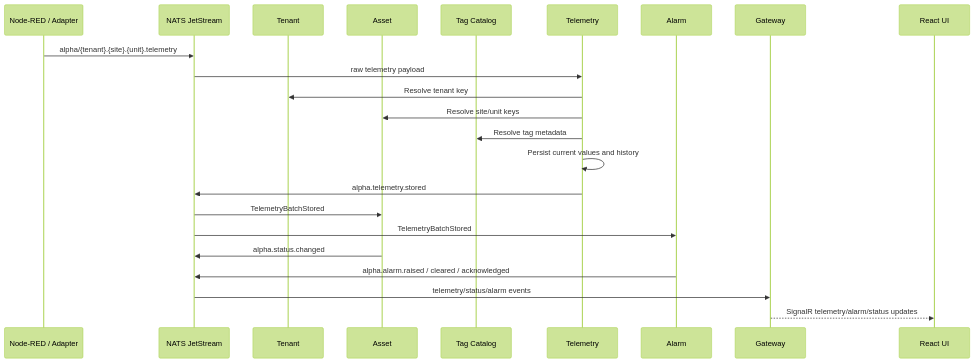
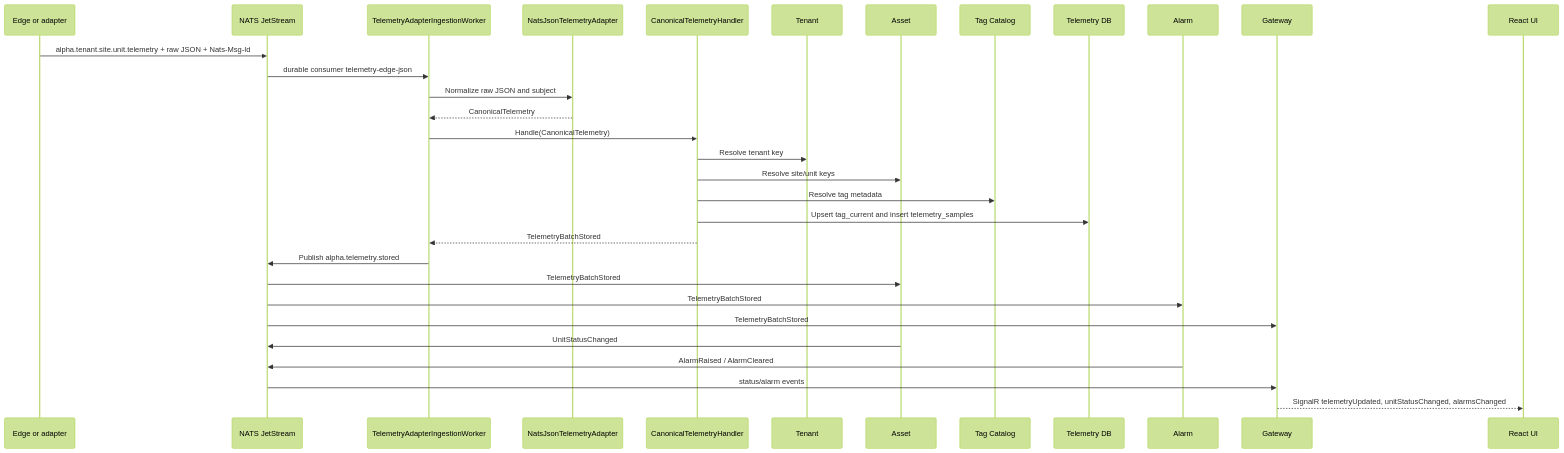
One commit to dhalavach/alpha-scada changed the third of 6 diagrams in docs/system-overview.md. Above: the diagram before and after it, drawn with Mermaid (forest theme). The commit also changed other lines of this file and 9 other files, not shown here.

Commit message:
Update architecture documentation and diagrams

````diff
--- a/docs/system-overview.md
+++ b/docs/system-overview.md
@@ -163,26 +417,34 @@
 ```mermaid
 sequenceDiagram
-    participant NR as Node-RED / Adapter
+    participant Edge as Edge or adapter
     participant NATS as NATS JetStream
+    participant Worker as TelemetryAdapterIngestionWorker
+    participant Adapter as NatsJsonTelemetryAdapter
+    participant Handler as CanonicalTelemetryHandler
     participant Tenant as Tenant
     participant Asset as Asset
     participant Tags as Tag Catalog
-    participant Telemetry as Telemetry
+    participant TDB as Telemetry DB
     participant Alarm as Alarm
-    participant GW as Gateway
+    participant Gateway as Gateway
     participant UI as React UI
 
-    NR->>NATS: alpha/{tenant}.{site}.{unit}.telemetry
-    NATS->>Telemetry: raw telemetry payload
-    Telemetry->>Tenant: Resolve tenant key
-    Telemetry->>Asset: Resolve site/unit keys
-    Telemetry->>Tags: Resolve tag metadata
-    Telemetry->>Telemetry: Persist current values and history
-    Telemetry->>NATS: alpha.telemetry.stored
+    Edge->>NATS: alpha.tenant.site.unit.telemetry + raw JSON + Nats-Msg-Id
+    NATS->>Worker: durable consumer telemetry-edge-json
+    Worker->>Adapter: Normalize raw JSON and subject
+    Adapter-->>Worker: CanonicalTelemetry
+    Worker->>Handler: Handle(CanonicalTelemetry)
+    Handler->>Tenant: Resolve tenant key
+    Handler->>Asset: Resolve site/unit keys
+    Handler->>Tags: Resolve tag metadata
+    Handler->>TDB: Upsert tag_current and insert telemetry_samples
+    Handler-->>Worker: TelemetryBatchStored
+    Worker->>NATS: Publish alpha.telemetry.stored
     NATS->>Asset: TelemetryBatchStored
     NATS->>Alarm: TelemetryBatchStored
-    Asset->>NATS: alpha.status.changed
-    Alarm->>NATS: alpha.alarm.raised / cleared / acknowledged
-    NATS->>GW: telemetry/status/alarm events
-    GW-->>UI: SignalR telemetry/alarm/status updates
+    NATS->>Gateway: TelemetryBatchStored
+    Asset->>NATS: UnitStatusChanged
+    Alarm->>NATS: AlarmRaised / AlarmCleared
+    NATS->>Gateway: status/alarm events
+    Gateway-->>UI: SignalR telemetryUpdated, unitStatusChanged, alarmsChanged
 ```
````
